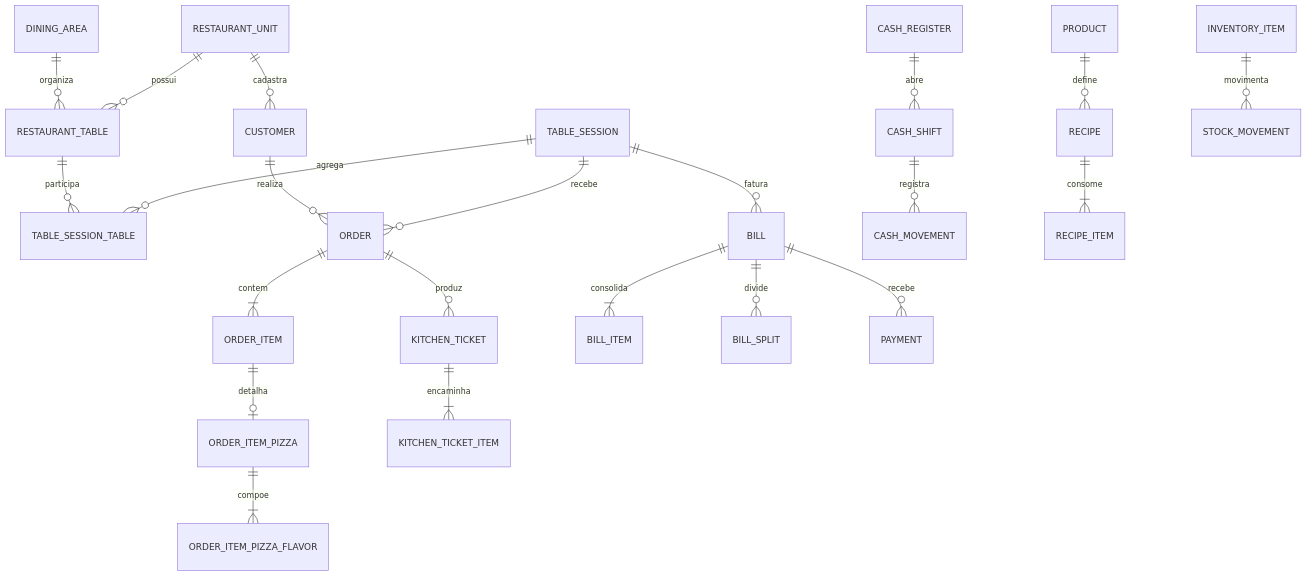
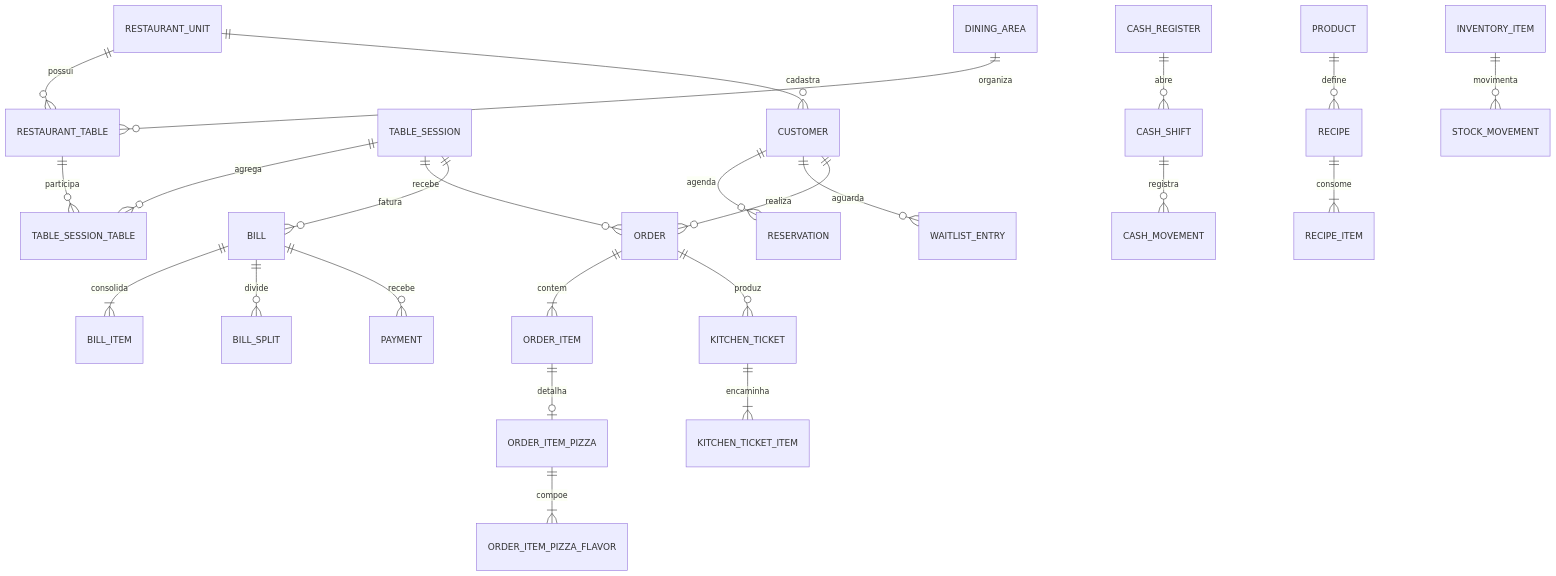
One commit to GuilhermeDuarte14511/ProjetoPizza changed the diagram in docs/database-model.md. Above: the diagram before and after it, drawn with Mermaid. The commit also changed other lines of this file and 85 other files, not shown here.

````diff
--- a/docs/database-model.md
+++ b/docs/database-model.md
@@ -25,24 +25,26 @@
 ```mermaid
 erDiagram
     RESTAURANT_UNIT ||--o{ RESTAURANT_TABLE : possui
     DINING_AREA ||--o{ RESTAURANT_TABLE : organiza
     TABLE_SESSION ||--o{ TABLE_SESSION_TABLE : agrega
     RESTAURANT_TABLE ||--o{ TABLE_SESSION_TABLE : participa
     TABLE_SESSION ||--o{ ORDER : recebe
     RESTAURANT_UNIT ||--o{ CUSTOMER : cadastra
+    CUSTOMER ||--o{ RESERVATION : agenda
+    CUSTOMER ||--o{ WAITLIST_ENTRY : aguarda
     CUSTOMER ||--o{ ORDER : realiza
     ORDER ||--|{ ORDER_ITEM : contem
     ORDER_ITEM ||--o| ORDER_ITEM_PIZZA : detalha
     ORDER_ITEM_PIZZA ||--|{ ORDER_ITEM_PIZZA_FLAVOR : compoe
     ORDER ||--o{ KITCHEN_TICKET : produz
     KITCHEN_TICKET ||--|{ KITCHEN_TICKET_ITEM : encaminha
     TABLE_SESSION ||--o{ BILL : fatura
     BILL ||--|{ BILL_ITEM : consolida
     BILL ||--o{ BILL_SPLIT : divide
     BILL ||--o{ PAYMENT : recebe
     CASH_REGISTER ||--o{ CASH_SHIFT : abre
     CASH_SHIFT ||--o{ CASH_MOVEMENT : registra
     PRODUCT ||--o{ RECIPE : define
     RECIPE ||--|{ RECIPE_ITEM : consome
     INVENTORY_ITEM ||--o{ STOCK_MOVEMENT : movimenta
 ```
````
